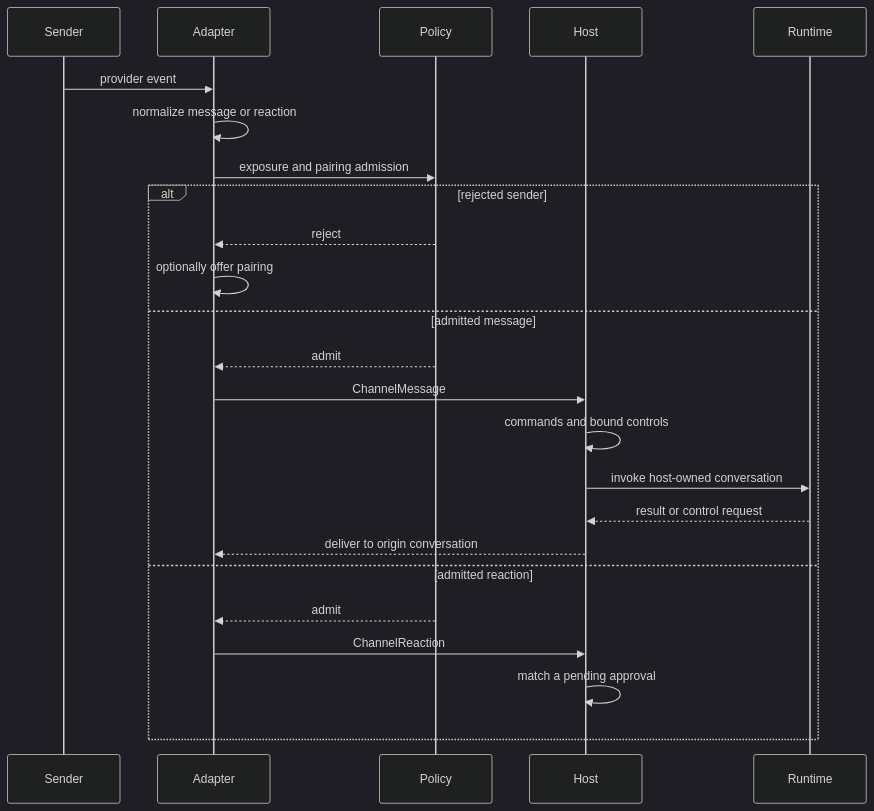
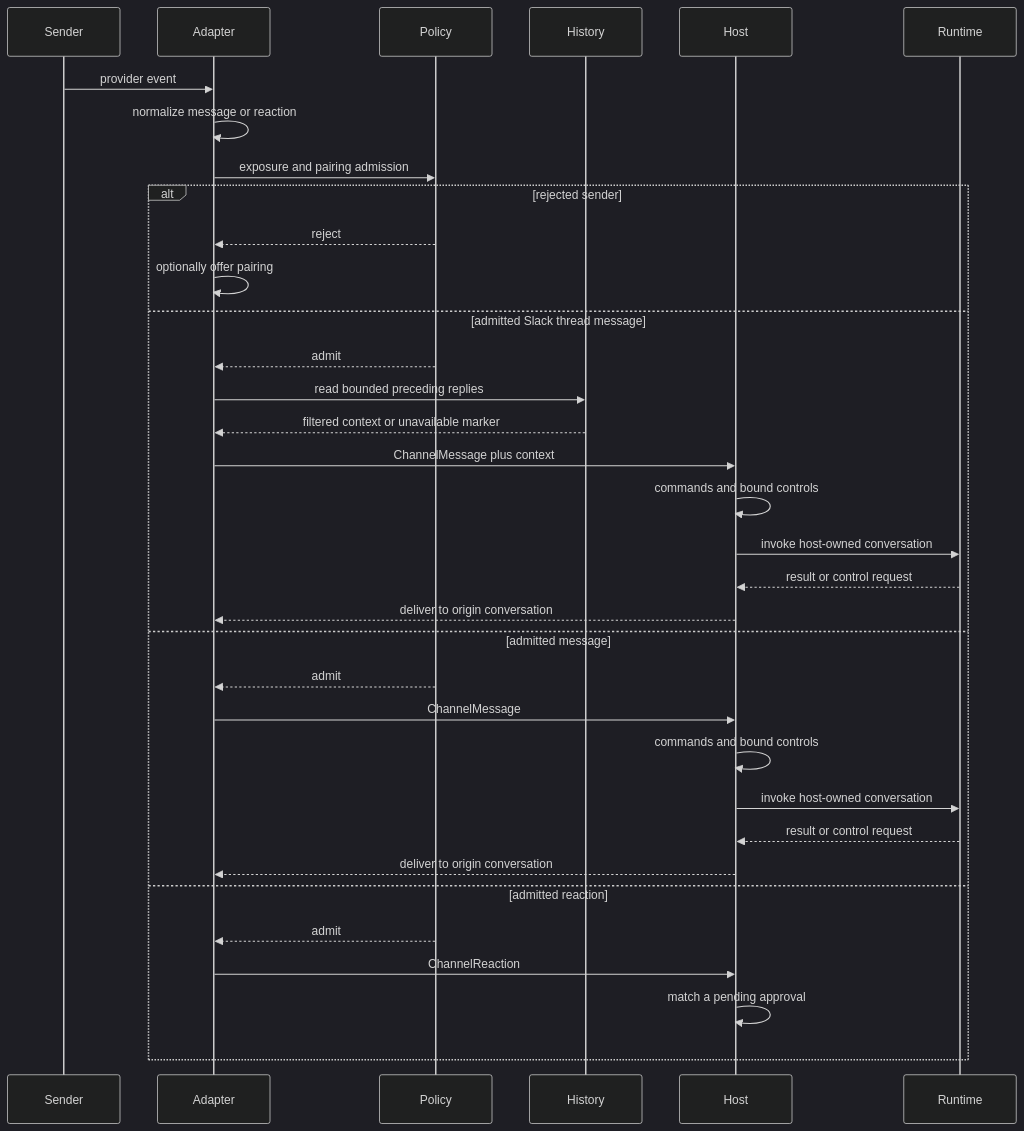
Before and after one commit to langchain-ai/deepagents: the diagram in openwiki/concepts/talon-channel-admission.md, drawn with Mermaid (dark theme). The commit also changed other lines of this file and 27 other files, not shown here.

````diff
--- a/openwiki/concepts/talon-channel-admission.md
+++ b/openwiki/concepts/talon-channel-admission.md
@@ -63,27 +63,37 @@
 ```mermaid
 sequenceDiagram
     participant Sender
     participant Adapter
     participant Policy
+    participant History
     participant Host
     participant Runtime
 
     Sender->>Adapter: provider event
     Adapter->>Adapter: normalize message or reaction
     Adapter->>Policy: exposure and pairing admission
     alt rejected sender
         Policy-->>Adapter: reject
         Adapter->>Adapter: optionally offer pairing
+    else admitted Slack thread message
+        Policy-->>Adapter: admit
+        Adapter->>History: read bounded preceding replies
+        History-->>Adapter: filtered context or unavailable marker
+        Adapter->>Host: ChannelMessage plus context
+        Host->>Host: commands and bound controls
+        Host->>Runtime: invoke host-owned conversation
+        Runtime-->>Host: result or control request
+        Host-->>Adapter: deliver to origin conversation
     else admitted message
         Policy-->>Adapter: admit
         Adapter->>Host: ChannelMessage
         Host->>Host: commands and bound controls
         Host->>Runtime: invoke host-owned conversation
         Runtime-->>Host: result or control request
         Host-->>Adapter: deliver to origin conversation
     else admitted reaction
         Policy-->>Adapter: admit
         Adapter->>Host: ChannelReaction
         Host->>Host: match a pending approval
     end
 ```
````
